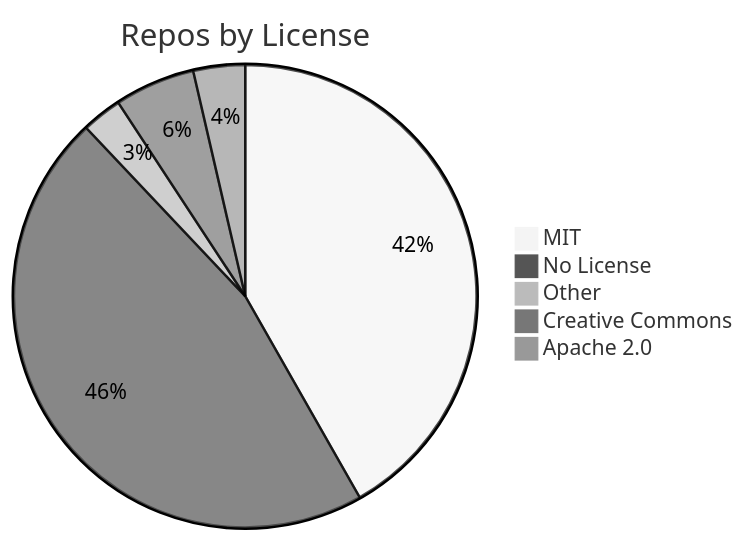
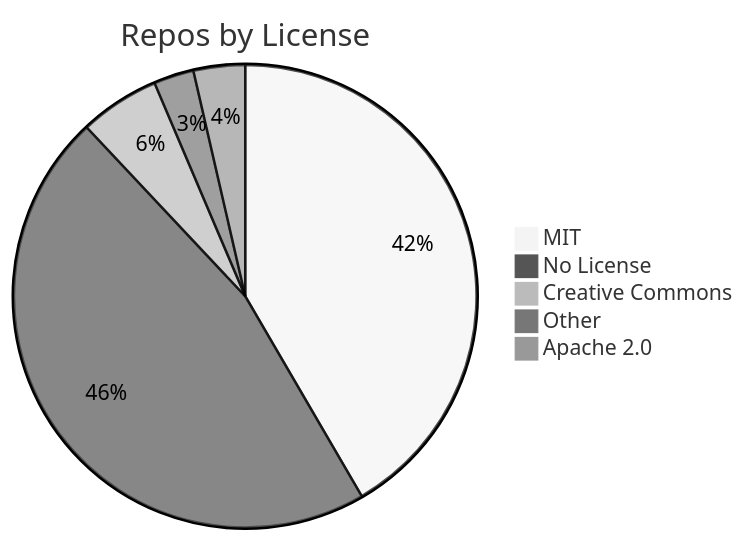
Before and after one commit to jpatterson933/awesome-mcp-server-repo-index: the diagram in README.md, drawn with Mermaid (neutral theme). The commit also changed other lines of this file and 3 other files, not shown here.

````diff
--- a/README.md
+++ b/README.md
@@ -29,8 +29,8 @@
 ```mermaid
 pie title Repos by License
     "MIT" : 104
-    "No License" : 115
+    "No License" : 116
+    "Creative Commons" : 14
     "Other" : 7
-    "Creative Commons" : 14
     "Apache 2.0" : 9
 ```
````
